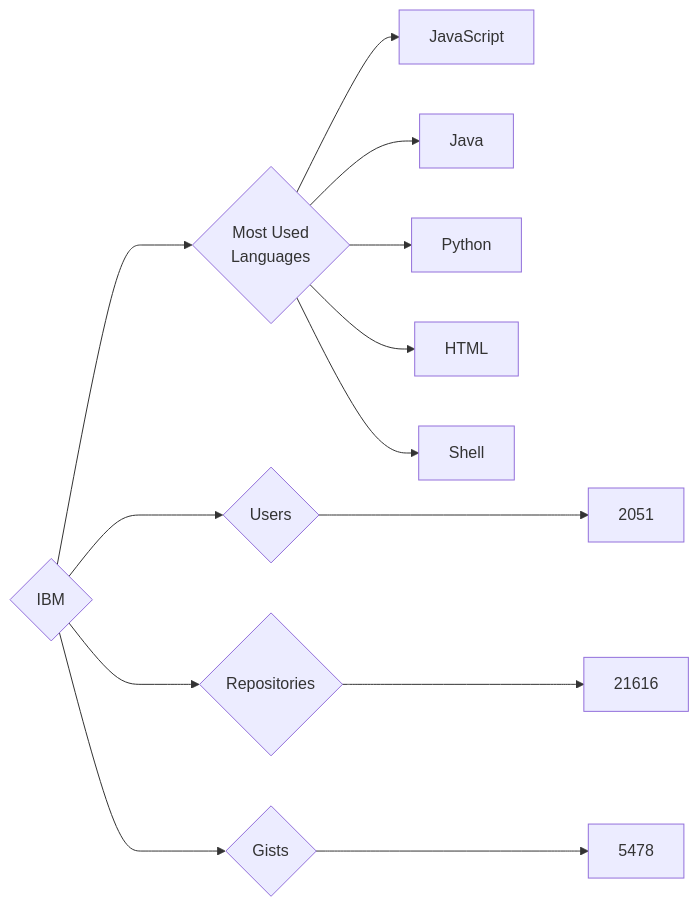
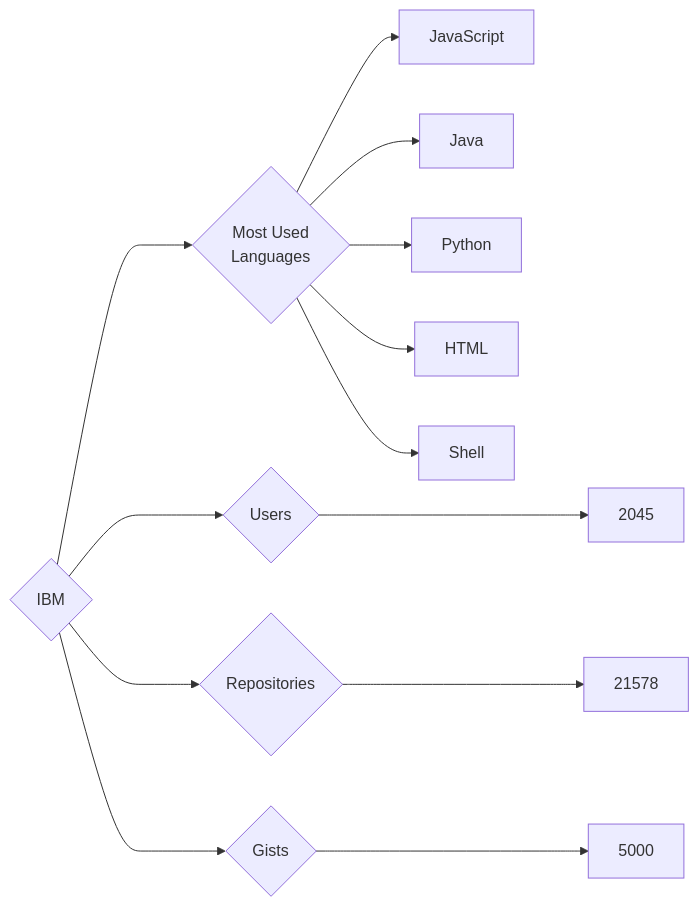
Before and after one commit to trickest/insiders: the diagram in targets/IBM/README.md, drawn with Mermaid. The commit also changed 681 other files, not shown here.

````diff
--- a/targets/IBM/README.md
+++ b/targets/IBM/README.md
@@ -3,13 +3,13 @@
 ```mermaid
 graph LR
 COMPANY_NAME{IBM}
-COMPANY_NAME ---> U{Users} ---> UN[2051]
-COMPANY_NAME ---> R{Repositories} ---> RN[21616]
-COMPANY_NAME ---> G{Gists} ---> GN[5478]
+COMPANY_NAME ---> U{Users} ---> UN[2045]
+COMPANY_NAME ---> R{Repositories} ---> RN[21578]
+COMPANY_NAME ---> G{Gists} ---> GN[5000]
 COMPANY_NAME ---> ML{Most Used<br>Languages}
 ML --> JavaScript[JavaScript]
 ML --> Java[Java]
 ML --> Python[Python]
 ML --> HTML[HTML]
 ML --> Shell[Shell]
 ```
````
